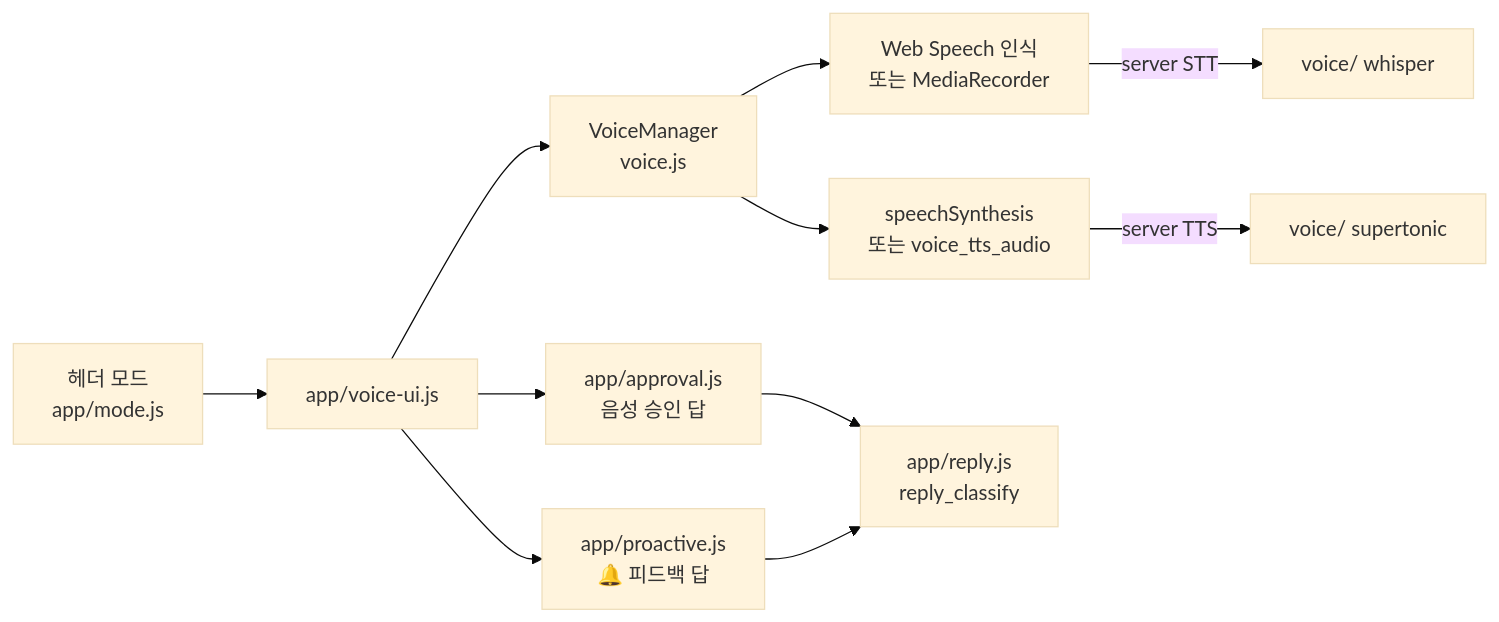
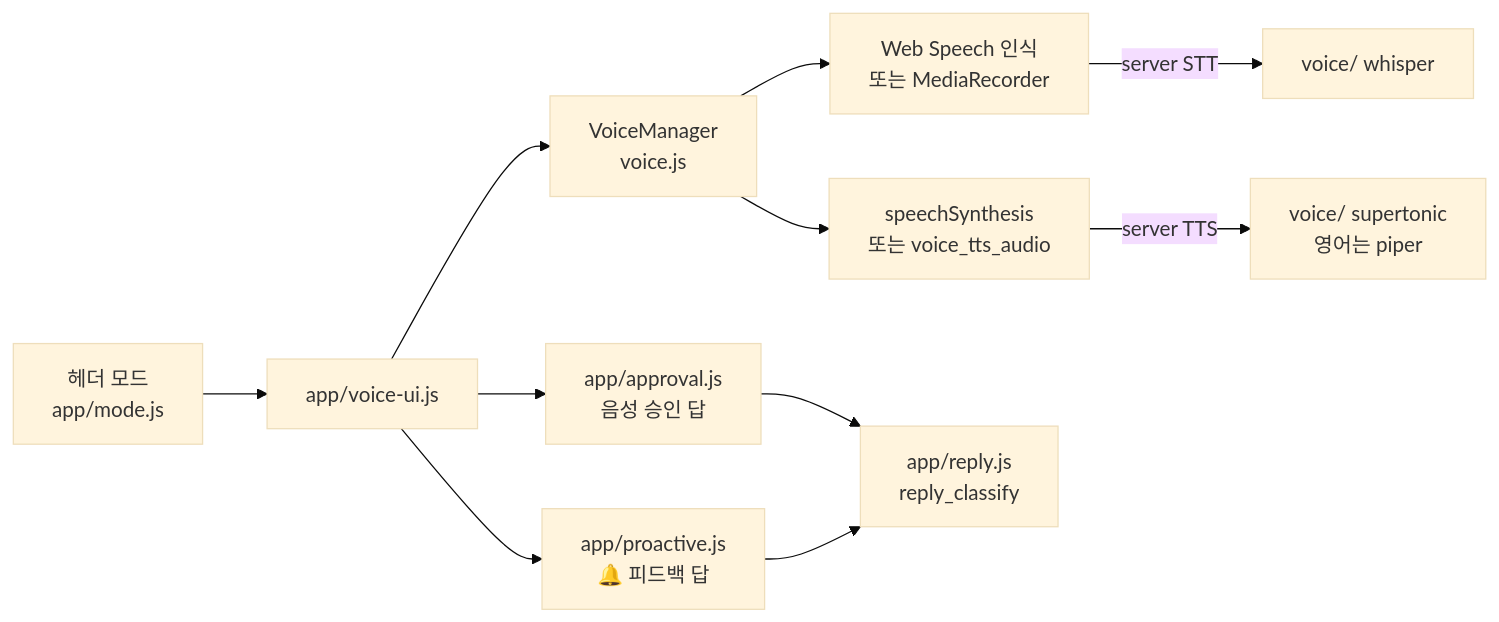
One commit to ash-hun/jarvis-agent changed the fourth of 4 diagrams in website/docs/concepts/conversation/voice.md. Above: the diagram before and after it, drawn with Mermaid (base theme). The commit also changed other lines of this file and 14 other files, not shown here.

````diff
--- a/website/docs/concepts/conversation/voice.md
+++ b/website/docs/concepts/conversation/voice.md
@@ -112,13 +141,13 @@
 ```mermaid
 flowchart LR
   MODE[헤더 모드<br/>app/mode.js] --> VUI[app/voice-ui.js]
   VUI --> VM[VoiceManager<br/>voice.js]
   VM --> SR[Web Speech 인식<br/>또는 MediaRecorder]
   VM --> TTS[speechSynthesis<br/>또는 voice_tts_audio]
   SR -->|server STT| STT[voice/ whisper]
-  TTS -->|server TTS| SUP[voice/ supertonic]
+  TTS -->|server TTS| SUP[voice/ supertonic<br/>영어는 piper]
   VUI --> APR[app/approval.js<br/>음성 승인 답]
   VUI --> PRO[app/proactive.js<br/>🔔 피드백 답]
   APR --> RPL[app/reply.js<br/>reply_classify]
   PRO --> RPL
 ```
````
